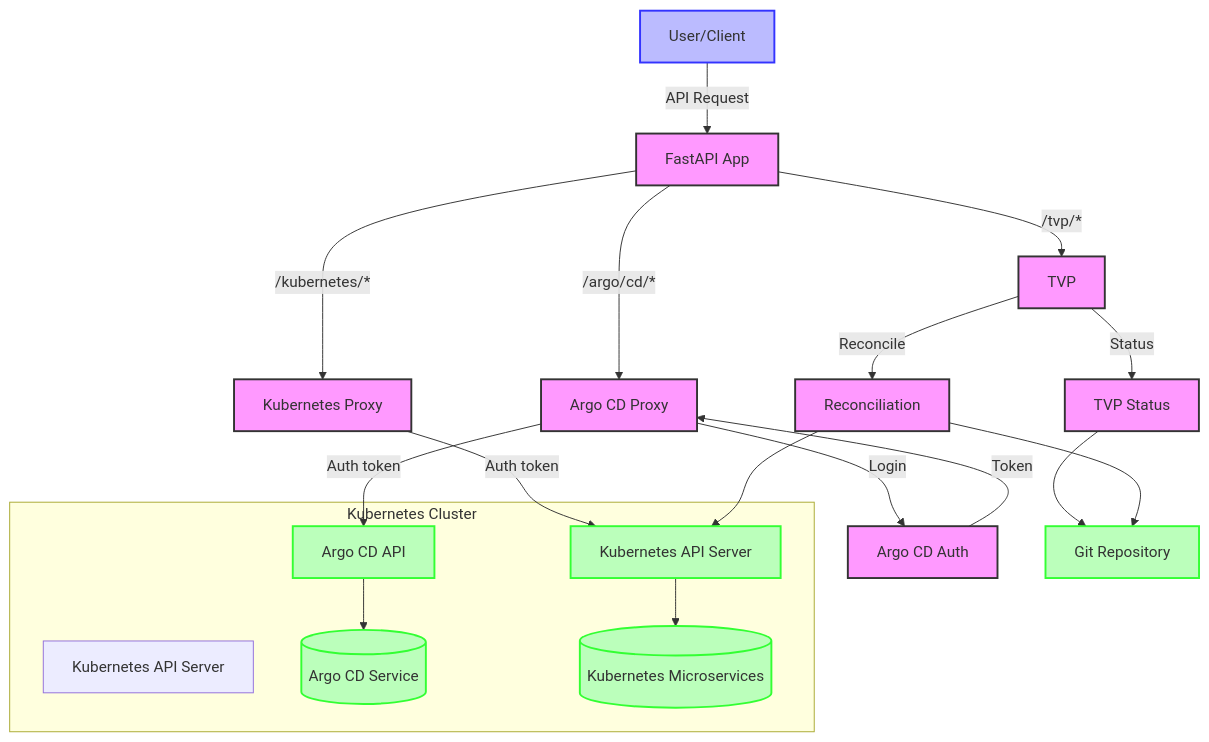
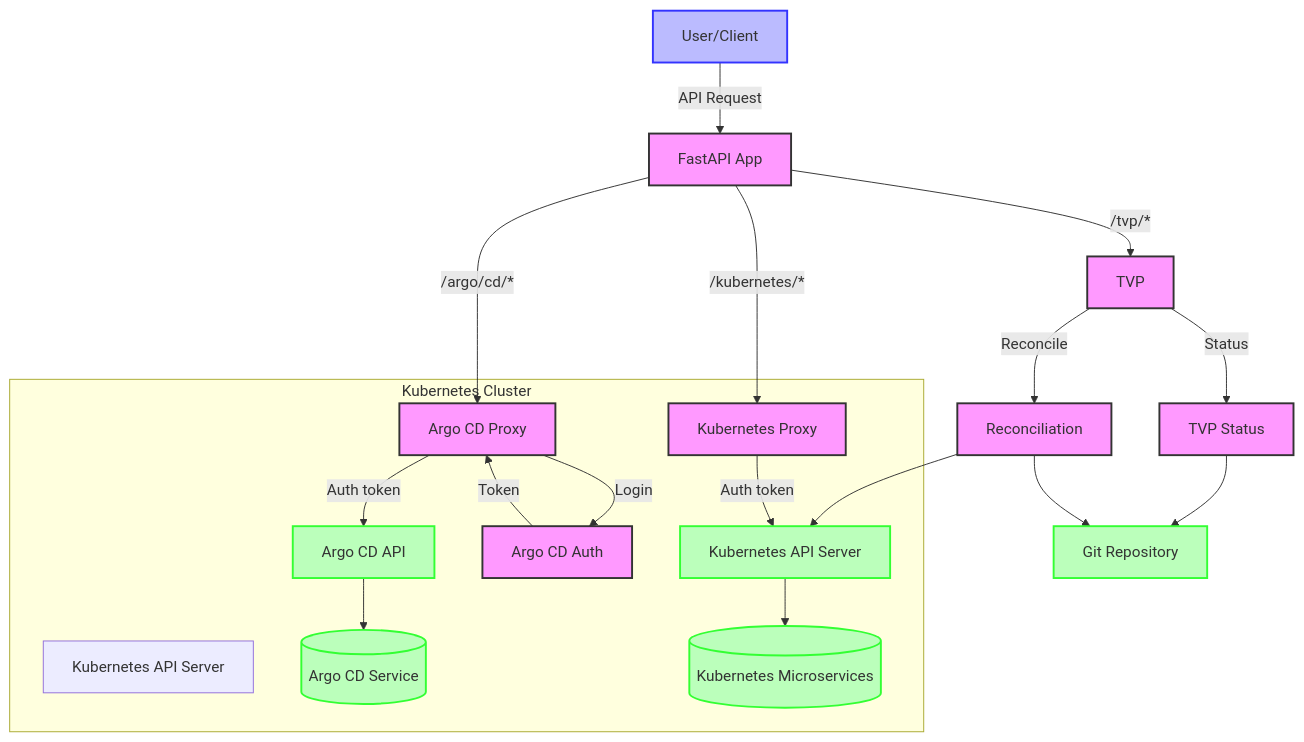
The diagram in fastapi/mermaid/data-flow-diagram.mermaid (lloydchang/tvp-k8s), drawn with Mermaid before and after one commit.

```diff
--- a/fastapi/mermaid/data-flow-diagram.mermaid
+++ b/fastapi/mermaid/data-flow-diagram.mermaid
@@ -1,33 +1,32 @@
 flowchart TD
     User[User/Client] -->|API Request| API[FastAPI App]
     
     API -->|/kubernetes/*| KP[Kubernetes Proxy]
     API -->|/argo/cd/*| AP[Argo CD Proxy]
     API -->|/tvp/*| TVP[TVP]
-    
-    KP -->|Auth token| KA[Kubernetes API Server]
-    AP -->|Login| Auth[Argo CD Auth]
-    Auth -->|Token| AP
-    AP -->|Auth token| AA[Argo CD API]
-    
+        
     TVP -->|Status| TS[TVP Status]
     TVP -->|Reconcile| R[Reconciliation]
     
     TS --> Git[Git Repository]
     R --> Git
     R --> KA
 
     subgraph "Kubernetes Cluster"
+        KP -->|Auth token| KA[Kubernetes API Server]
+        AP -->|Login| Auth[Argo CD Auth]
+        Auth -->|Token| AP
+        AP -->|Auth token| AA[Argo CD API]
         KubernetesAPI[Kubernetes API Server]
         ArgoCD[Argo CD]
         KA --> Kubernetes[(Kubernetes Microservices)]
         AA --> ArgoCD[(Argo CD Service)]
     end
     
     classDef user fill:#bbf,stroke:#33f,stroke-width:2px
     classDef app fill:#f9f,stroke:#333,stroke-width:2px
     classDef external fill:#bfb,stroke:#3f3,stroke-width:2px
     
     class User user
     class API,KP,AP,TVP,TS,R,Auth app
     class Kubernetes,ArgoCD,Git,KA,AA external
```
